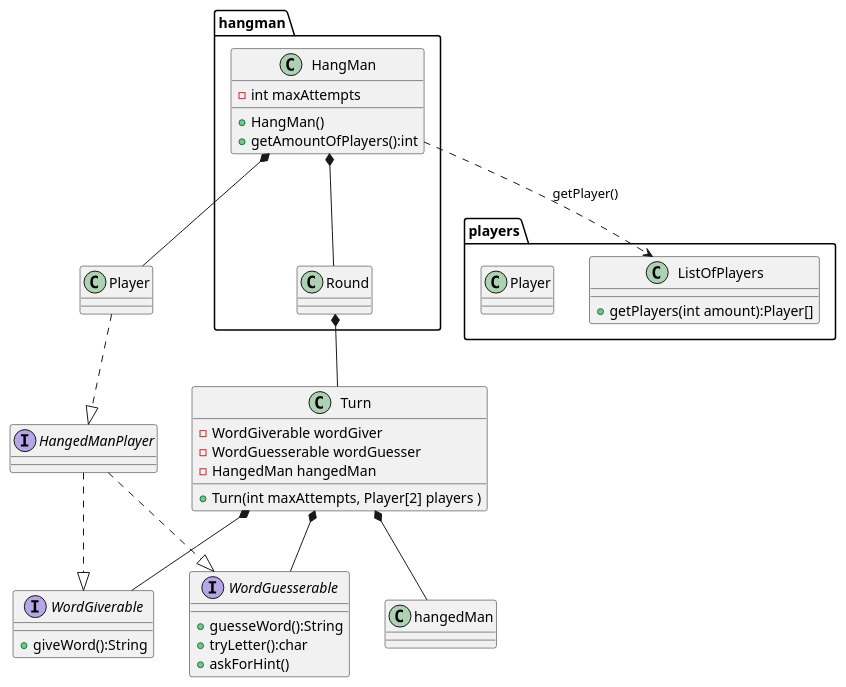
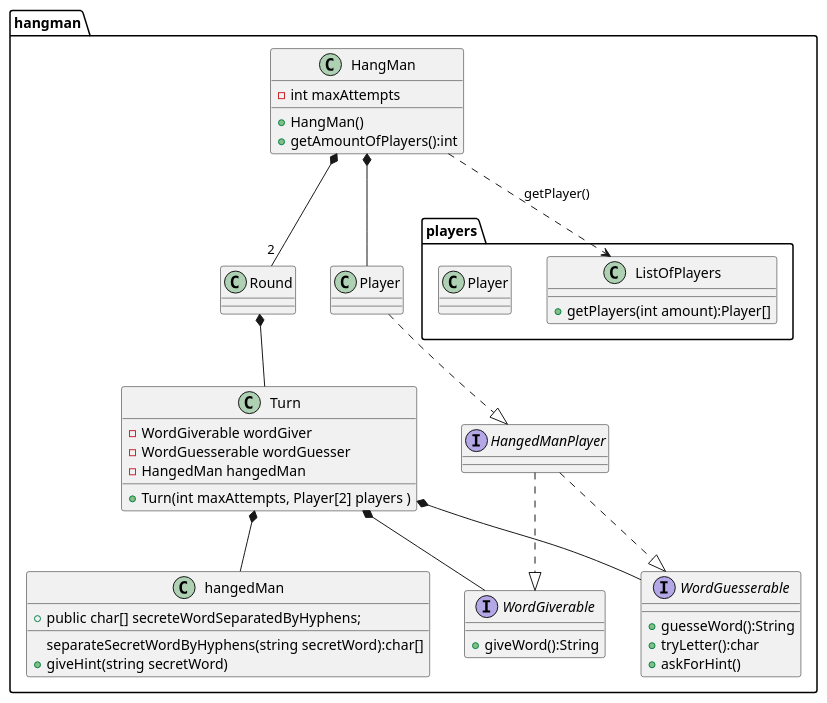
The diagram in docs/classdiagram/hangmanClassDiagram.puml (sergiomendez2/newworkspacecodinggame), drawn with PlantUML before and after one commit. The commit also changed 19 other files, not shown here.

```diff
--- a/docs/classdiagram/hangmanClassDiagram.puml
+++ b/docs/classdiagram/hangmanClassDiagram.puml
@@ -1,53 +1,57 @@
 @startuml
+
+package hangman{
+class hangedMan{
++public char[] secreteWordSeparatedByHyphens;
+separateSecretWordByHyphens(string secretWord):char[]
++giveHint(string secretWord)
+}
 Interface HangedManPlayer
-package hangman{
-
     class HangMan{
         +HangMan()
         +getAmountOfPlayers():int
         -int maxAttempts
     }
 
     class Round
-
-    }
 
     class Turn{
         -WordGiverable wordGiver
         -WordGuesserable wordGuesser
         -HangedMan hangedMan
         +Turn(int maxAttempts, Player[2] players )
     }
 
     interface WordGiverable{
         +giveWord():String
     }
 
     interface WordGuesserable{
         +guesseWord():String
         +tryLetter():char
         +askForHint()
     }
 
     HangedManPlayer ..|> WordGiverable
     HangedManPlayer ..|> WordGuesserable
 
     Turn *-- WordGiverable
     Turn *-- WordGuesserable
     Turn *-- hangedMan
     Round *-- Turn
     HangMan *-- Player
-    HangMan *-- Round
+    HangMan *-- "2" Round
 
 package players{
     class ListOfPlayers{
         +getPlayers(int amount):Player[]
     }
 
     class Player{
     }
 }
 
 HangMan ..> ListOfPlayers:getPlayer()
 Player ..|> HangedManPlayer
+}
 @enduml
```
